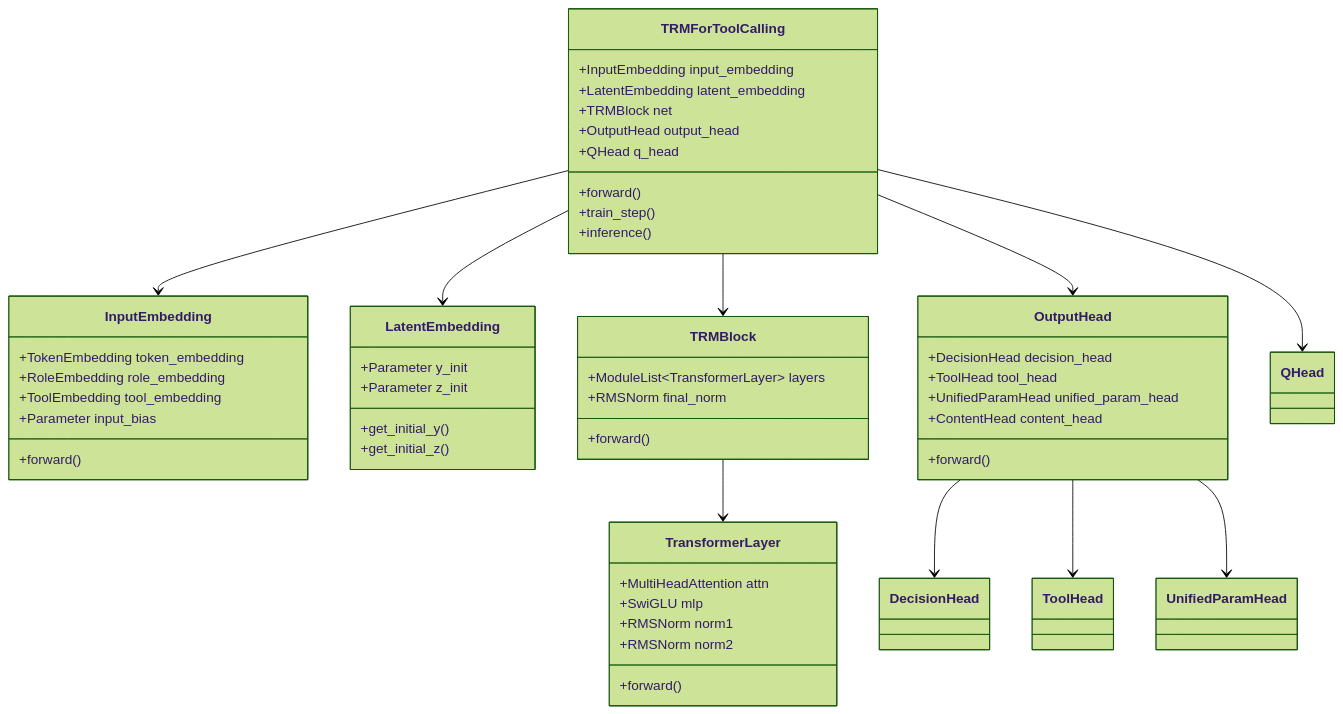
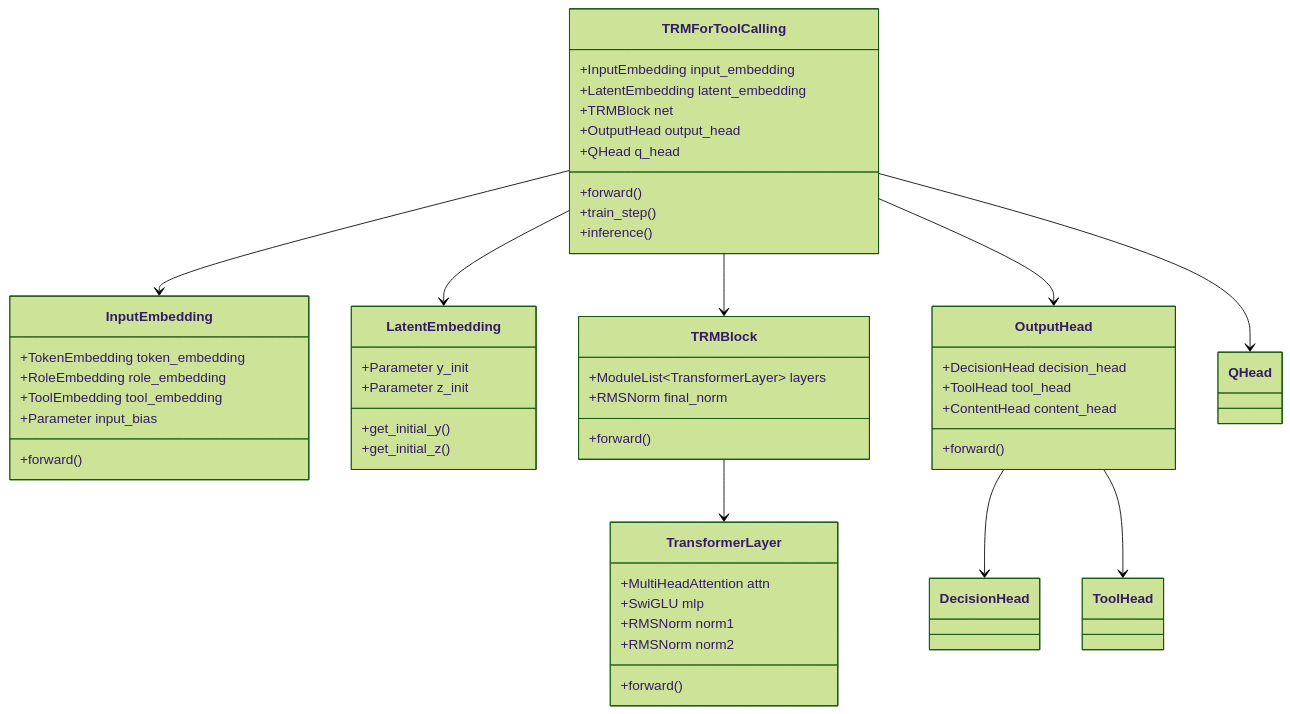
One commit to hienhayho/trm_agent changed the second of 17 diagrams in docs/03_model_architecture.md. Above: the diagram before and after it, drawn with Mermaid (forest theme). The commit also changed other lines of this file and 26 other files, not shown here.

````diff
--- a/docs/03_model_architecture.md
+++ b/docs/03_model_architecture.md
@@ -120,60 +122,58 @@
 ```mermaid
 classDiagram
     class TRMForToolCalling {
         +InputEmbedding input_embedding
         +LatentEmbedding latent_embedding
         +TRMBlock net
         +OutputHead output_head
         +QHead q_head
         +forward()
         +train_step()
         +inference()
     }
 
     class InputEmbedding {
         +TokenEmbedding token_embedding
         +RoleEmbedding role_embedding
         +ToolEmbedding tool_embedding
         +Parameter input_bias
         +forward()
     }
 
     class LatentEmbedding {
         +Parameter y_init
         +Parameter z_init
         +get_initial_y()
         +get_initial_z()
     }
 
     class TRMBlock {
         +ModuleList~TransformerLayer~ layers
         +RMSNorm final_norm
         +forward()
     }
 
     class TransformerLayer {
         +MultiHeadAttention attn
         +SwiGLU mlp
         +RMSNorm norm1
         +RMSNorm norm2
         +forward()
     }
 
     class OutputHead {
         +DecisionHead decision_head
         +ToolHead tool_head
-        +UnifiedParamHead unified_param_head
         +ContentHead content_head
         +forward()
     }
 
     TRMForToolCalling --> InputEmbedding
     TRMForToolCalling --> LatentEmbedding
     TRMForToolCalling --> TRMBlock
     TRMForToolCalling --> OutputHead
     TRMForToolCalling --> QHead
     TRMBlock --> TransformerLayer
     OutputHead --> DecisionHead
     OutputHead --> ToolHead
-    OutputHead --> UnifiedParamHead
 ```
````
